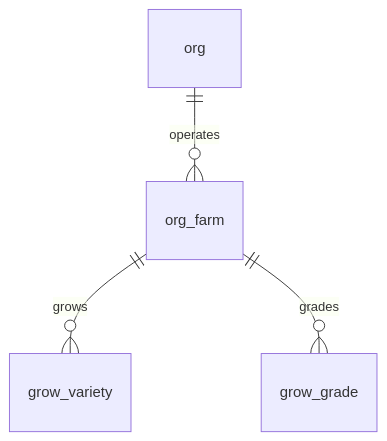
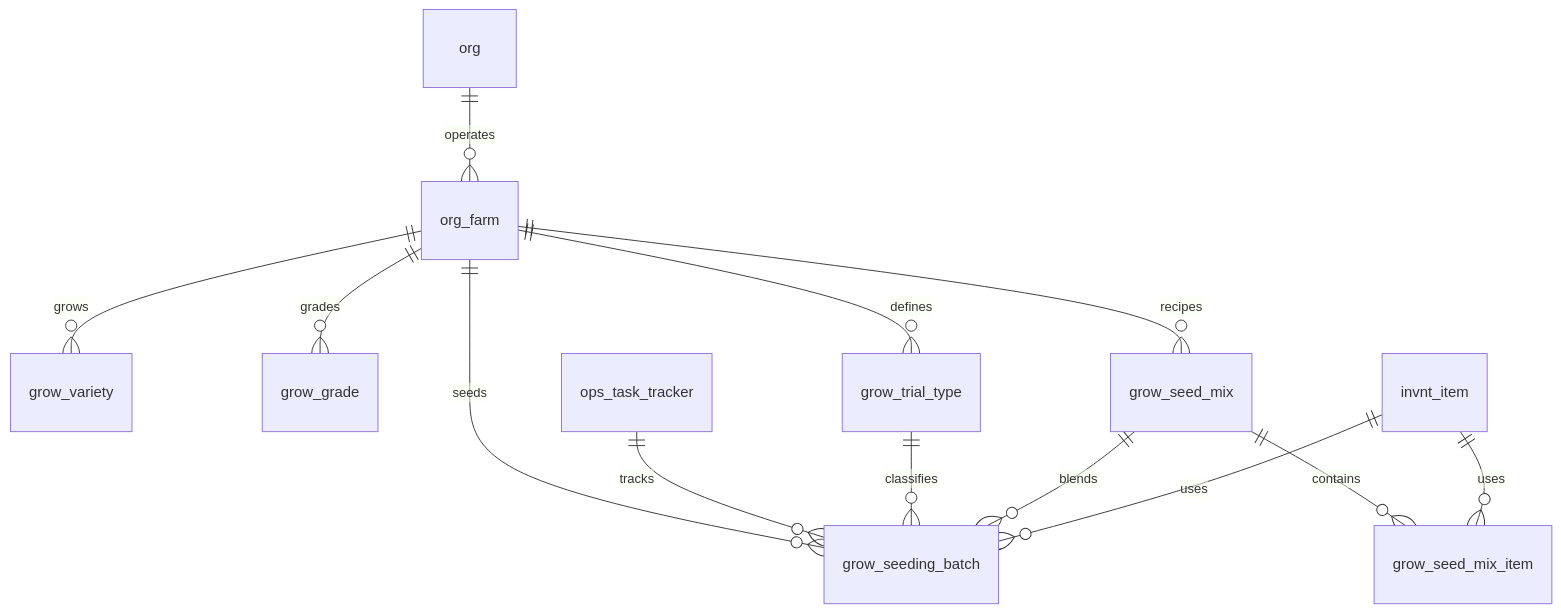
One commit to Hawaii-Farming/aloha-app changed the diagram in docs/schemas/20260323_06_grow.md. Above: the diagram before and after it, drawn with Mermaid. The commit also changed other lines of this file and 30 other files, not shown here.

First line of the commit message:
Add grow seeding tables: trial types, seed mixes, and seeding batches

````diff
--- a/docs/schemas/20260323_06_grow.md
+++ b/docs/schemas/20260323_06_grow.md
@@ -9,6 +9,15 @@
 ```mermaid
 erDiagram
     org ||--o{ org_farm : operates
     org_farm ||--o{ grow_variety : grows
     org_farm ||--o{ grow_grade : grades
+    org_farm ||--o{ grow_trial_type : defines
+    org_farm ||--o{ grow_seed_mix : recipes
+    grow_seed_mix ||--o{ grow_seed_mix_item : contains
+    invnt_item ||--o{ grow_seed_mix_item : uses
+    org_farm ||--o{ grow_seeding_batch : seeds
+    ops_task_tracker ||--o{ grow_seeding_batch : tracks
+    grow_trial_type ||--o{ grow_seeding_batch : classifies
+    grow_seed_mix ||--o{ grow_seeding_batch : blends
+    invnt_item ||--o{ grow_seeding_batch : uses
 ```
````
